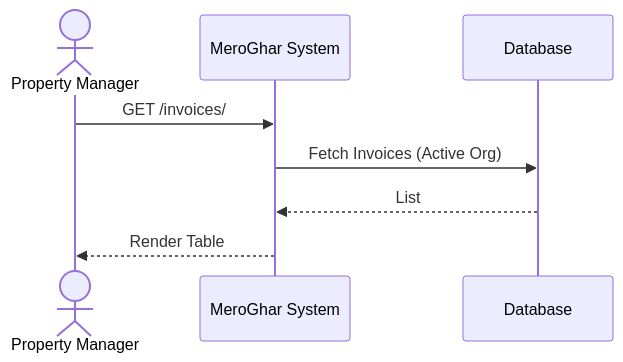
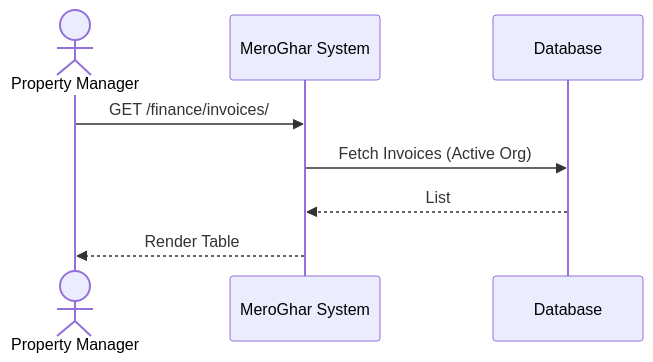
Before and after one commit to 0Ankit0/meroghar: the first of 3 diagrams in docs/workflows/invoice.md, drawn with Mermaid. The commit also changed other lines of this file and 10 other files, not shown here.

````diff
--- a/docs/workflows/invoice.md
+++ b/docs/workflows/invoice.md
@@ -14,11 +14,11 @@
 ```mermaid
 sequenceDiagram
     actor Manager as Property Manager
     participant System as MeroGhar System
     participant DB as Database
 
-    Manager->>System: GET /invoices/
+    Manager->>System: GET /finance/invoices/
     System->>DB: Fetch Invoices (Active Org)
     DB-->>System: List
     System-->>Manager: Render Table
 ```
````
